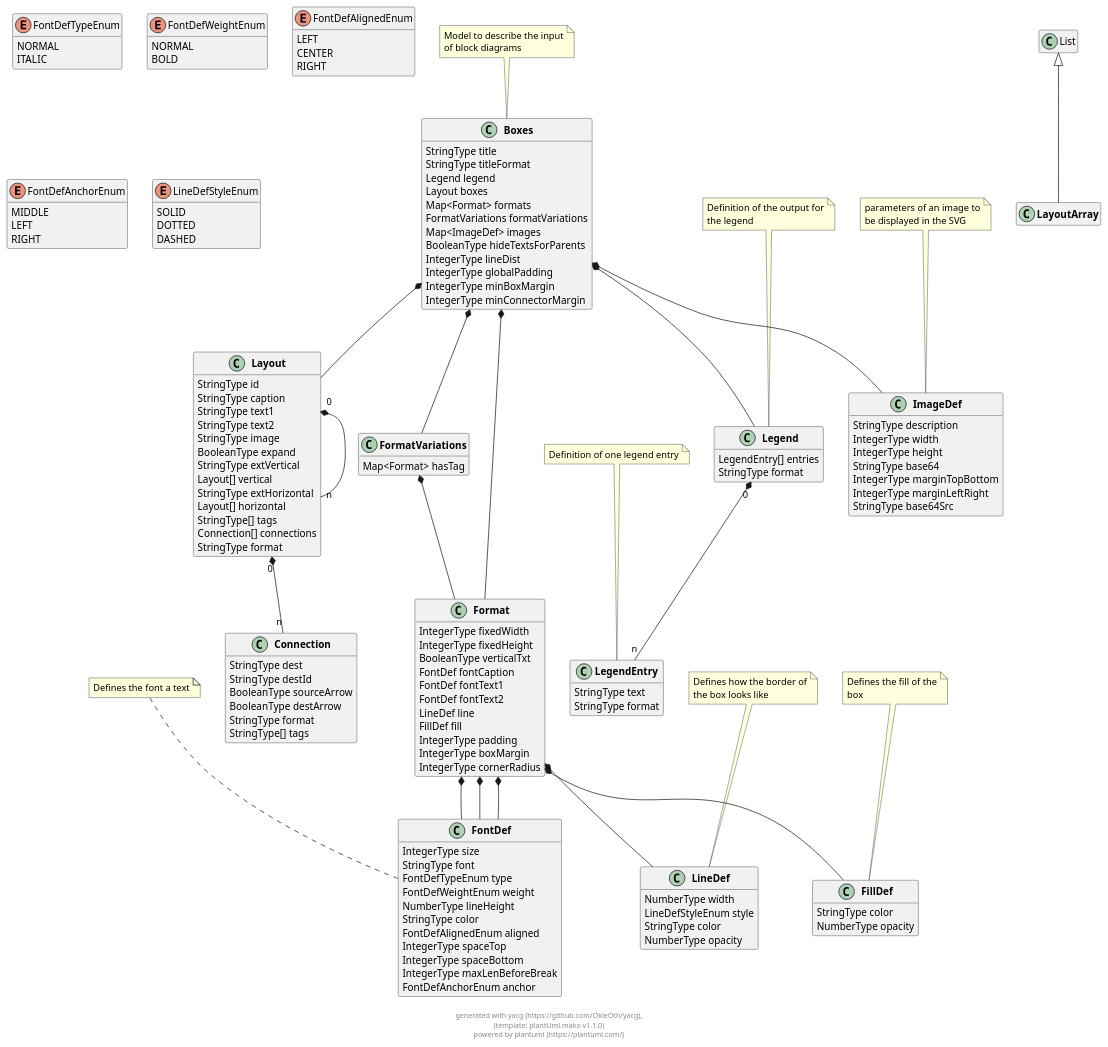
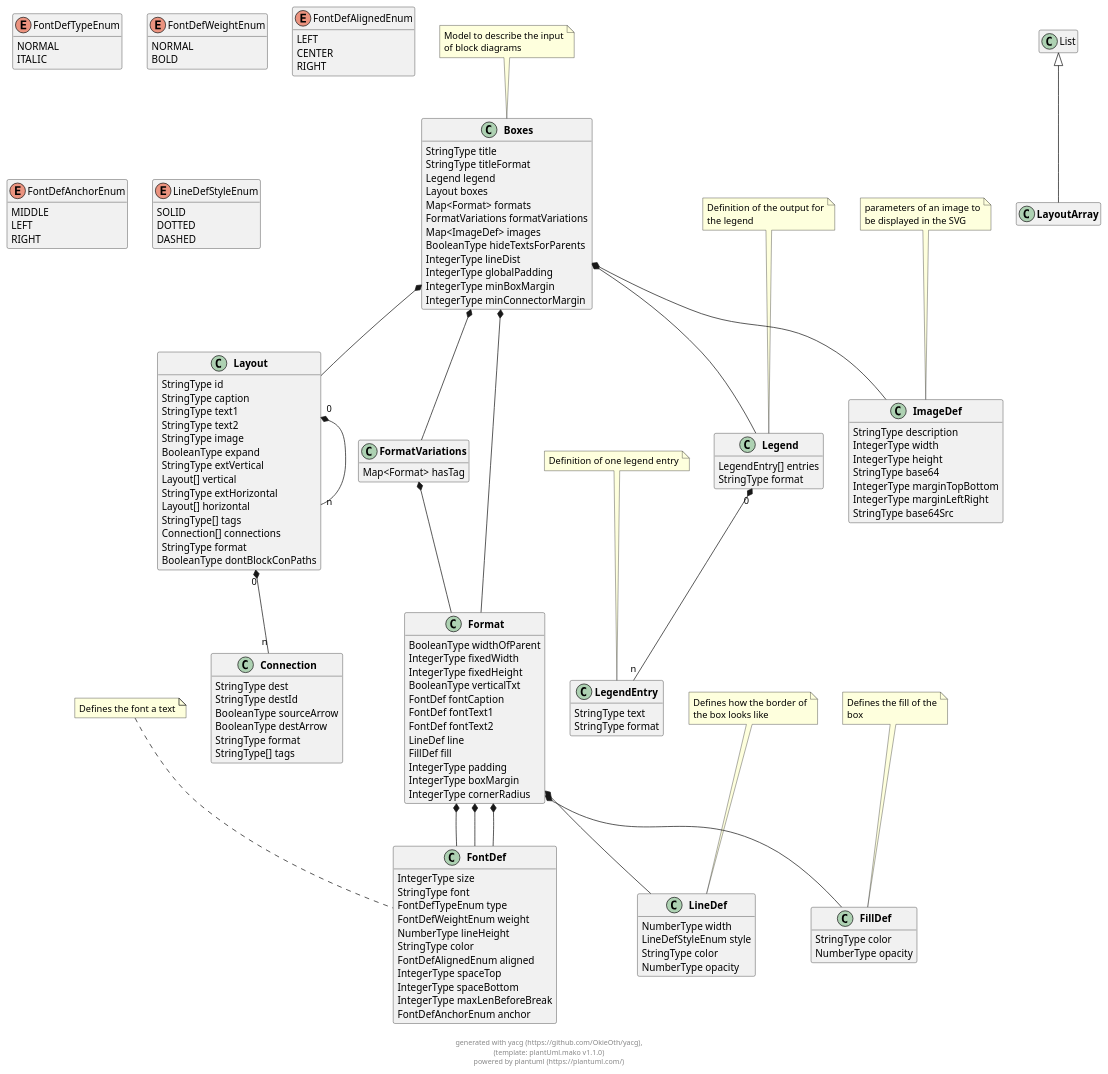
One commit to OkieOth/draw.chart.things changed the diagram in docs/models/puml/boxes.puml. Above: the diagram before and after it, drawn with PlantUML. The commit also changed 13 other files, not shown here.

Commit message:
introduce dontBlockConnections for boxes

```diff
--- a/docs/models/puml/boxes.puml
+++ b/docs/models/puml/boxes.puml
@@ -44,12 +44,14 @@
         StringType[] tags
         Connection[] connections
         StringType format
+        BooleanType dontBlockConPaths
 }
 
  
 
 
 class "**Format**" as Format {
+        BooleanType widthOfParent
         IntegerType fixedWidth
         IntegerType fixedHeight
         BooleanType verticalTxt
@@ -210,8 +212,10 @@
 Layout "0" *-- "n" Connection
 
 
+
     
     
+
 
 
 
```
